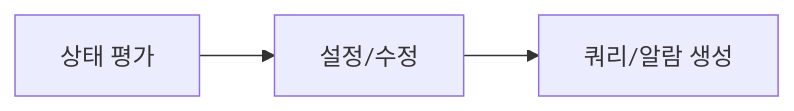
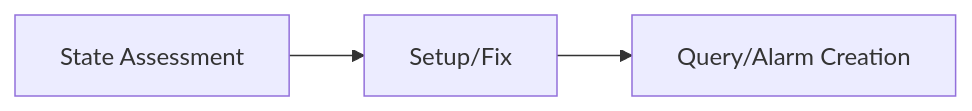
Before and after one commit to Atom-oh/oh-my-cloud-skills: the diagram in docs/docs/aws-ops-plugin/skills/ops-observability.md, drawn with Mermaid. The commit also changed other lines of this file and 18 other files, not shown here.

````diff
--- a/docs/docs/aws-ops-plugin/skills/ops-observability.md
+++ b/docs/docs/aws-ops-plugin/skills/ops-observability.md
@@ -25,5 +24,5 @@
 ```mermaid
 flowchart LR
-    A[상태 평가] --> B[설정/수정]
-    B --> C[쿼리/알람 생성]
+    A[State Assessment] --> B[Setup/Fix]
+    B --> C[Query/Alarm Creation]
 ```
````
